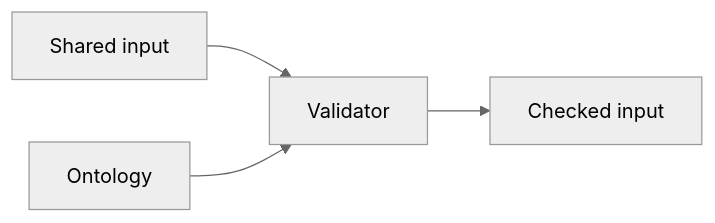
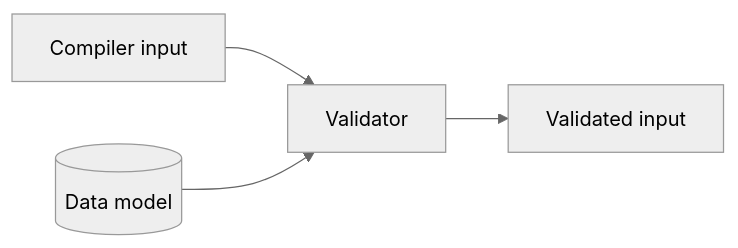
One commit to gitlabhq/orbit-knowledge-graph changed the fourth of 6 diagrams in docs/pages/engineering/architecture/query-languages.md. Above: the diagram before and after it, drawn with Mermaid (neutral theme). The commit also changed other lines of this file and 2 other files, not shown here.

Commit message:
docs(architecture): tighten the querying pages and add the engine walkthrough

````diff
--- a/docs/pages/engineering/architecture/query-languages.md
+++ b/docs/pages/engineering/architecture/query-languages.md
@@ -88,6 +92,6 @@
 ```mermaid
 flowchart LR
-    Input[Shared input] --> Validator
-    Ontology --> Validator
-    Validator --> Checked[Checked input]
+    Input[Compiler input] --> Validator
+    Model[(Data model)] --> Validator
+    Validator --> Checked[Validated input]
 ```
````
